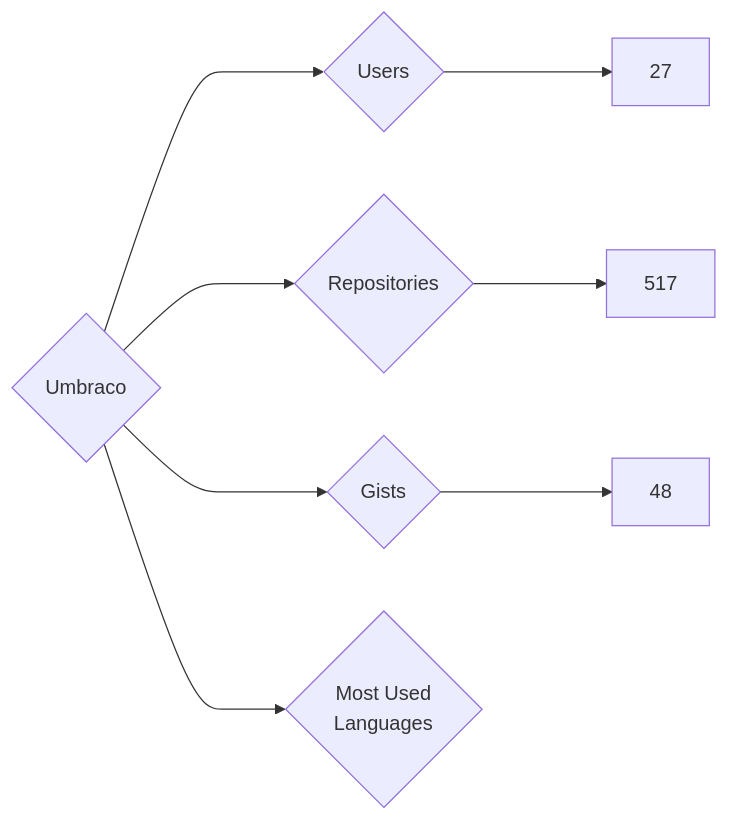
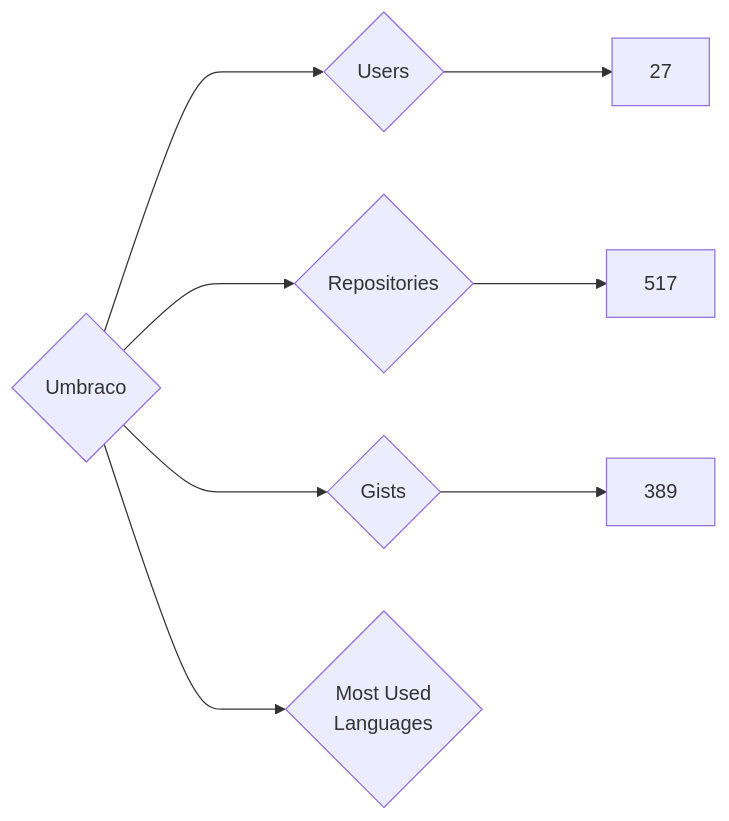
Before and after one commit to nenadzaric/insiders: the diagram in targets/Umbraco/README.md, drawn with Mermaid. The commit also changed 1342 other files, not shown here.

````diff
--- a/targets/Umbraco/README.md
+++ b/targets/Umbraco/README.md
@@ -3,8 +3,8 @@
 ```mermaid
 graph LR
 COMPANY_NAME{Umbraco}
 COMPANY_NAME ---> U{Users} ---> UN[27]
 COMPANY_NAME ---> R{Repositories} ---> RN[517]
-COMPANY_NAME ---> G{Gists} ---> GN[48]
+COMPANY_NAME ---> G{Gists} ---> GN[389]
 COMPANY_NAME ---> ML{Most Used<br>Languages}
 ```
````
